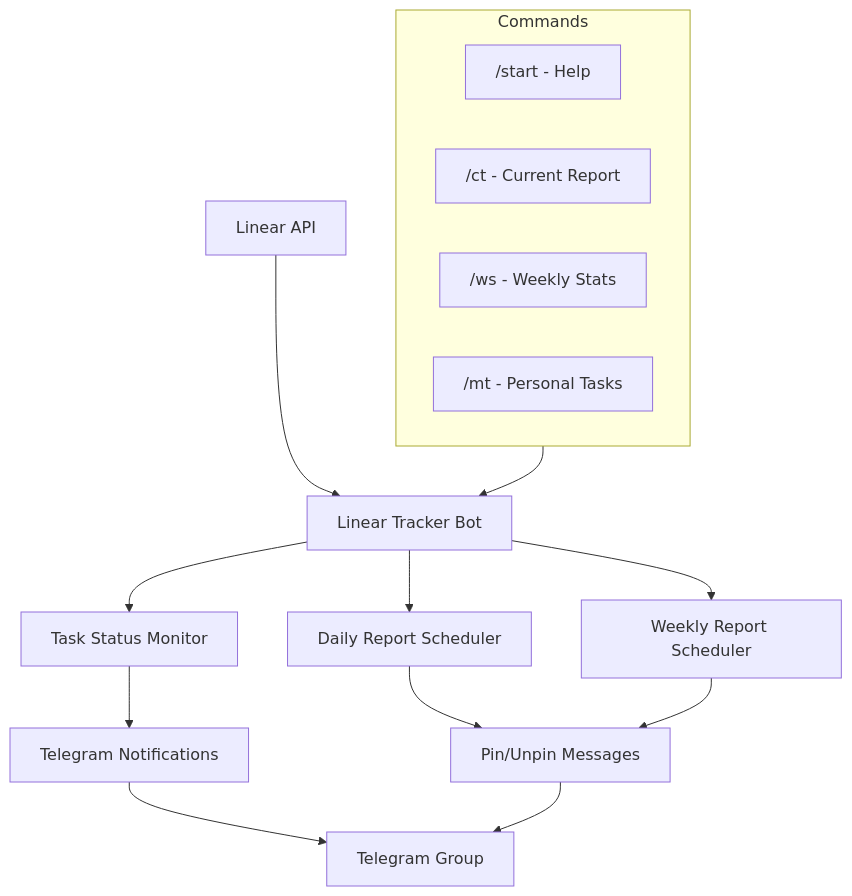
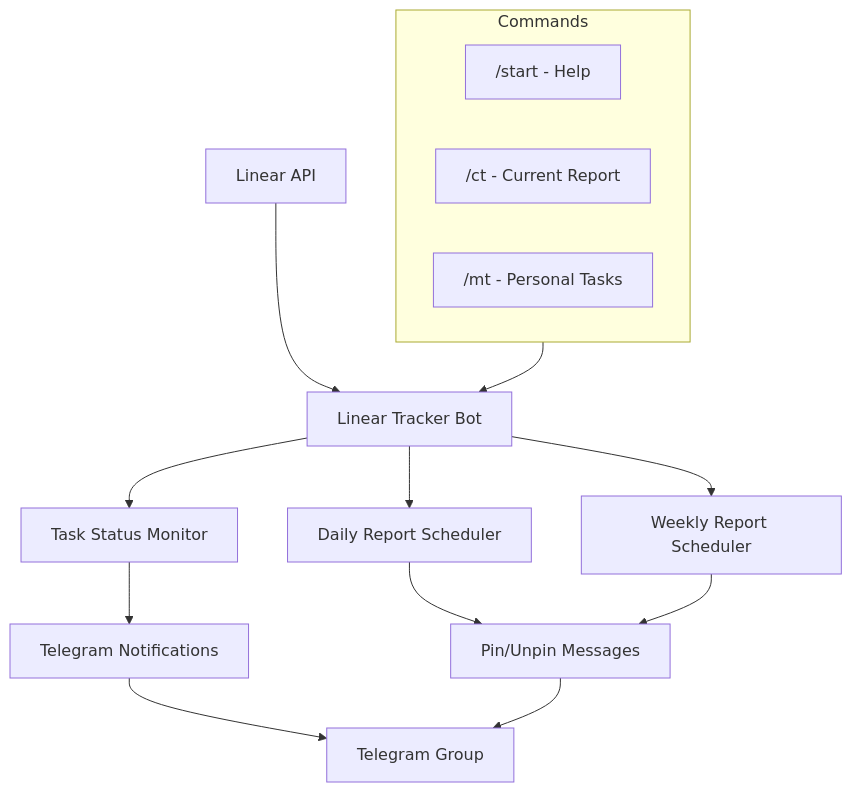
The diagram in README.md (DefaultPerson/linear-tracker-bot), drawn with Mermaid before and after one commit. The commit also changed other lines of this file, not shown here.

````diff
--- a/README.md
+++ b/README.md
@@ -25,21 +34,20 @@
 ```mermaid
 graph TB
     A[Linear API] --> B[Linear Tracker Bot]
     B --> C[Task Status Monitor]
     B --> D[Daily Report Scheduler]
     B --> E[Weekly Report Scheduler]
     C --> F[Telegram Notifications]
     D --> G[Pin/Unpin Messages]
     E --> G
     F --> H[Telegram Group]
     G --> H
 
     subgraph Commands
         I["/start - Help"]
         J["/ct - Current Report"]
-        K["/ws - Weekly Stats"]
-        L["/mt - Personal Tasks"]
+        K["/mt - Personal Tasks"]
     end
 
     Commands --> B
 ```
````
